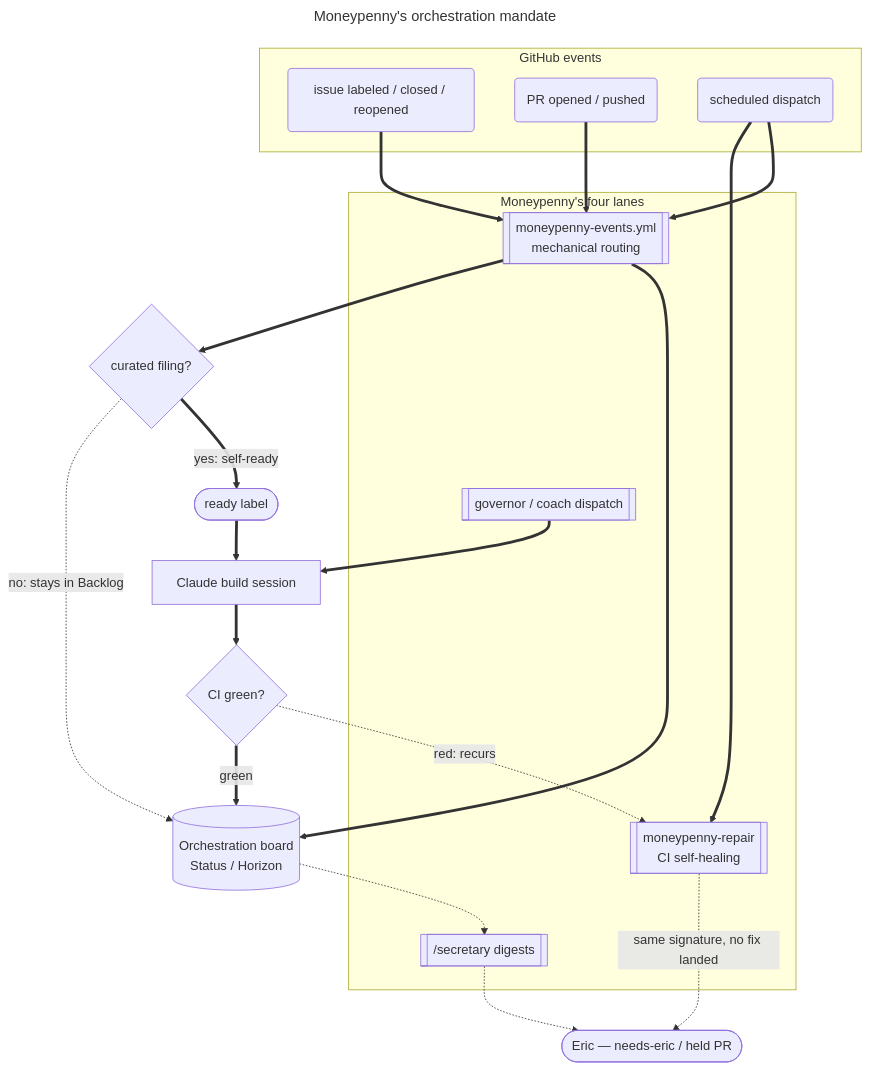
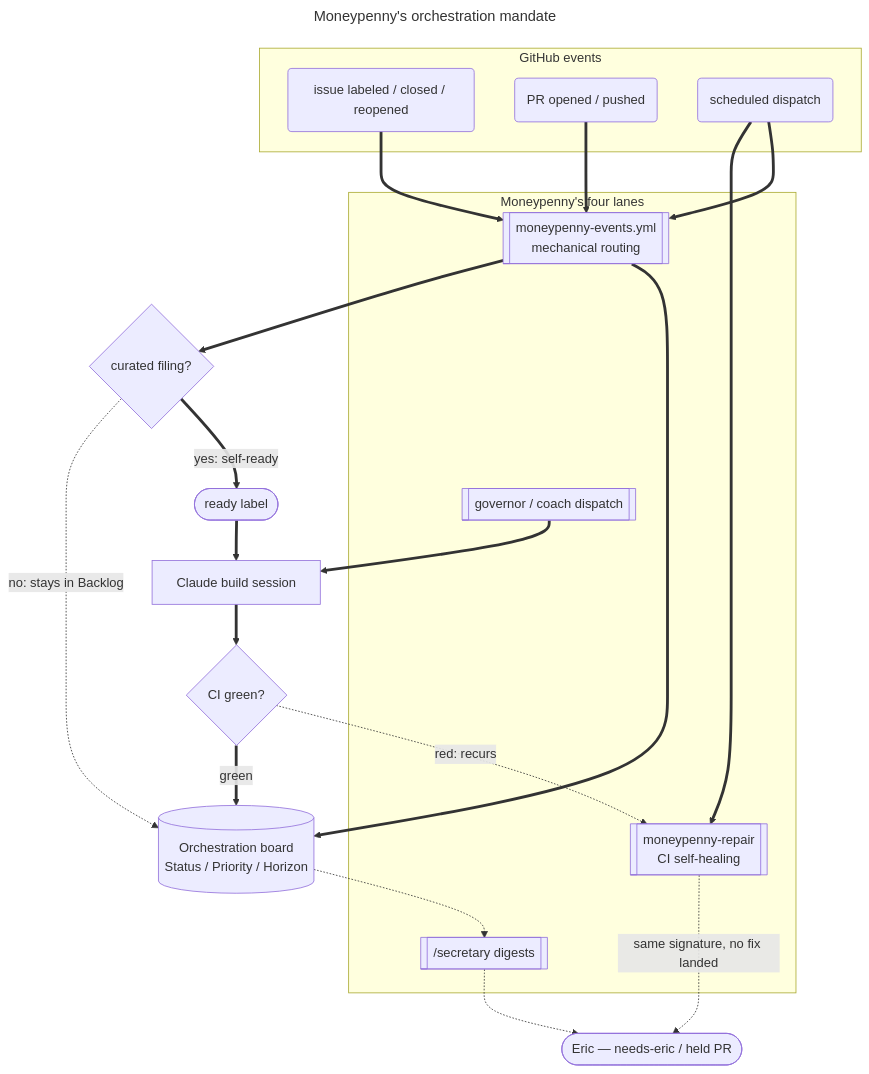
Before and after one commit to ejclark/skynet-capital: the diagram in docs/MONEYPENNY.md, drawn with Mermaid. The commit also changed other lines of this file and 14 other files, not shown here.

First line of the commit message:
feat(board): priority swimlanes — sync Priority from labels, read drags back (#6871 B1+B2)

````diff
--- a/docs/MONEYPENNY.md
+++ b/docs/MONEYPENNY.md
@@ -49,40 +49,40 @@
 ```mermaid
 ---
 title: Moneypenny's orchestration mandate
 ---
 flowchart TD
     subgraph triggers ["GitHub events"]
         I("issue labeled / closed / reopened")
         P("PR opened / pushed")
         T("scheduled dispatch")
     end
     subgraph mp ["Moneypenny's four lanes"]
         EV[["moneypenny-events.yml<br>mechanical routing"]]
         GOV[["governor / coach dispatch"]]
         REP[["moneypenny-repair<br>CI self-healing"]]
         SEC[["/secretary digests"]]
     end
-    BOARD[("Orchestration board<br>Status / Horizon")]
+    BOARD[("Orchestration board<br>Status / Priority / Horizon")]
     TRIAGE{"curated filing?"}
     READY(["ready label"])
     BUILD["Claude build session"]
     CI{"CI green?"}
     ERIC(["Eric — needs-eric / held PR"])
 
     I ==> EV
     P ==> EV
     T ==> EV
     T ==> REP
     EV ==> BOARD
     EV ==> TRIAGE
     TRIAGE == "yes: self-ready" ==> READY
     TRIAGE -. "no: stays in Backlog" .-> BOARD
     READY ==> BUILD
     GOV ==> BUILD
     BUILD ==> CI
     CI == "green" ==> BOARD
     CI -. "red: recurs" .-> REP
     REP -. "same signature, no fix landed" .-> ERIC
     BOARD -.-> SEC
     SEC -.-> ERIC
 ```
````
